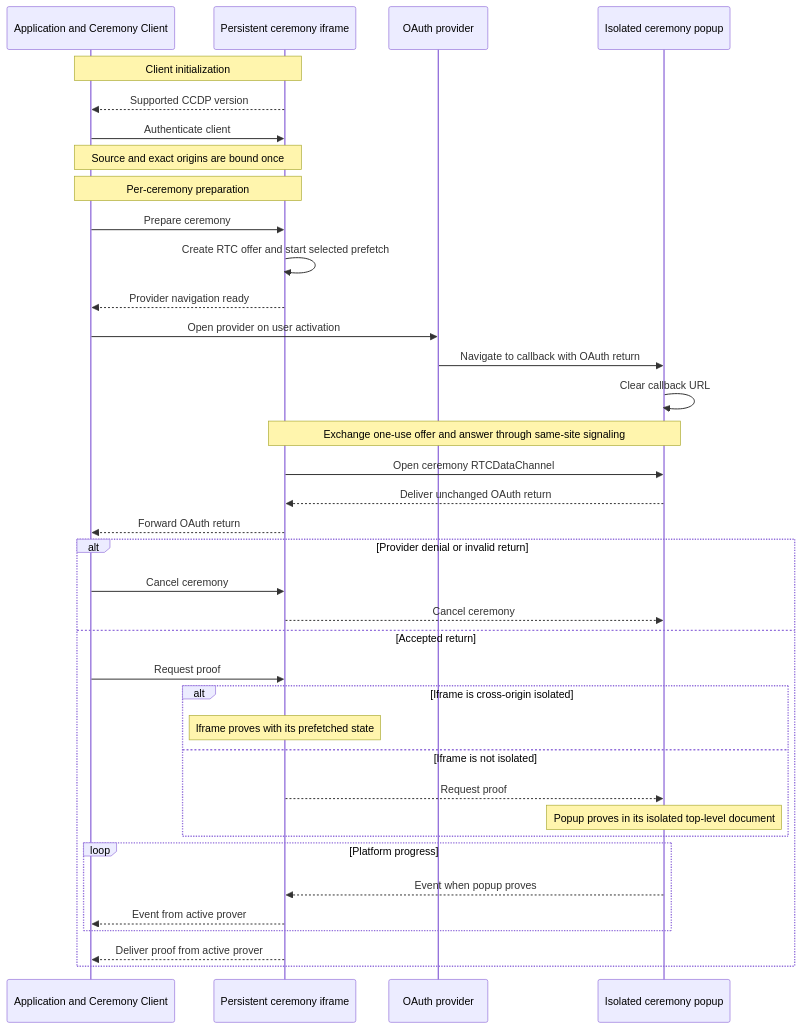
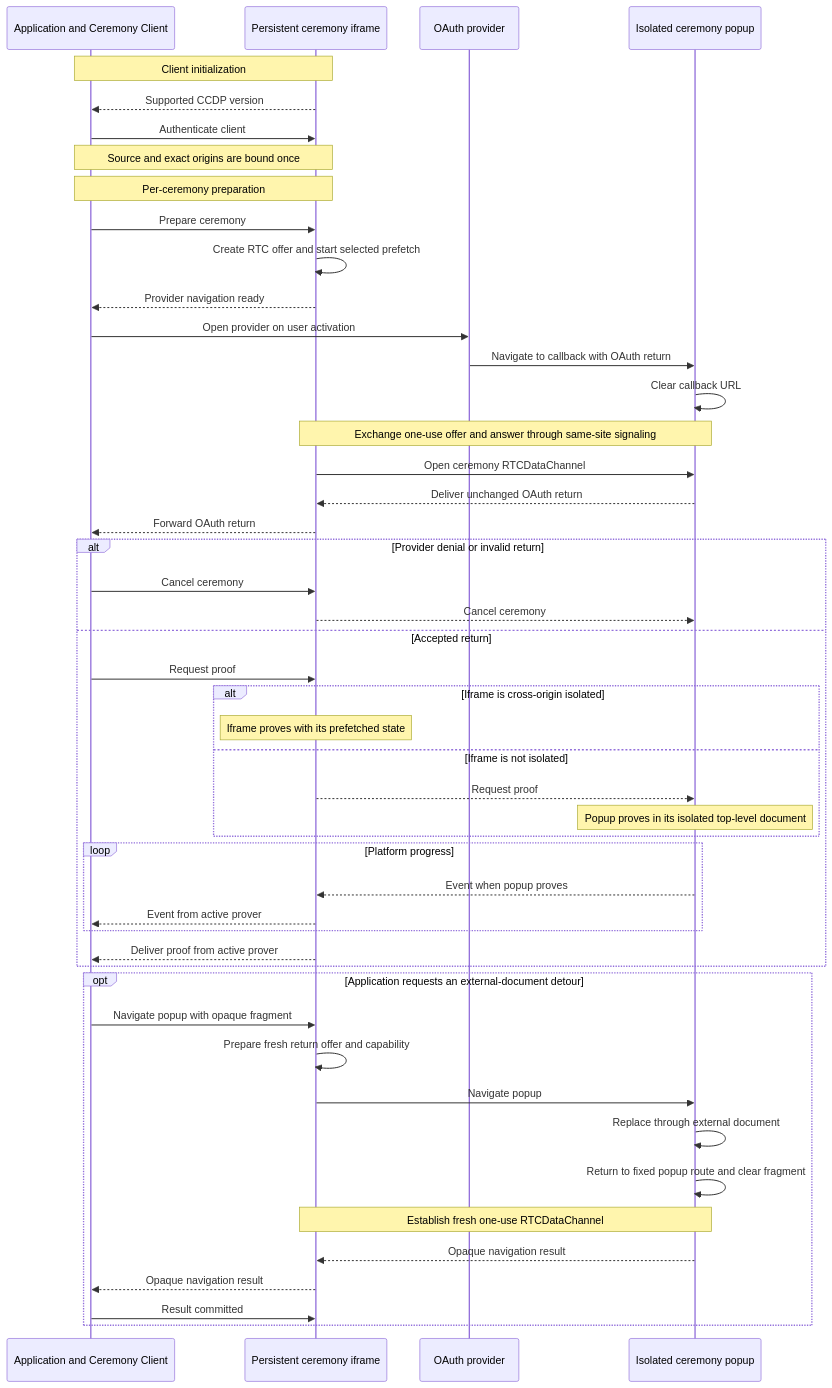
The diagram in ts/packages/ceremony/CCDP2.md (libid-org/libid), drawn with Mermaid before and after one commit. The commit also changed other lines of this file, not shown here.

Commit message:
docs(ceremony): add isolated popup navigation

````diff
--- a/ts/packages/ceremony/CCDP2.md
+++ b/ts/packages/ceremony/CCDP2.md
@@ -277,42 +323,54 @@
 ```mermaid
 sequenceDiagram
     participant A as Application and Ceremony Client
     participant I as Persistent ceremony iframe
     participant O as OAuth provider
     participant P as Isolated ceremony popup
 
     Note over A,I: Client initialization
     I-->>A: Supported CCDP version
     A->>I: Authenticate client
     Note over A,I: Source and exact origins are bound once
 
     Note over A,I: Per-ceremony preparation
     A->>I: Prepare ceremony
     I->>I: Create RTC offer and start selected prefetch
     I-->>A: Provider navigation ready
     A->>O: Open provider on user activation
     O->>P: Navigate to callback with OAuth return
     P->>P: Clear callback URL
     Note over I,P: Exchange one-use offer and answer through same-site signaling
     I->>P: Open ceremony RTCDataChannel
     P-->>I: Deliver unchanged OAuth return
     I-->>A: Forward OAuth return
 
     alt Provider denial or invalid return
         A->>I: Cancel ceremony
         I-->>P: Cancel ceremony
     else Accepted return
         A->>I: Request proof
         alt Iframe is cross-origin isolated
             Note over I: Iframe proves with its prefetched state
         else Iframe is not isolated
             I-->>P: Request proof
             Note over P: Popup proves in its isolated top-level document
         end
         loop Platform progress
             P-->>I: Event when popup proves
             I-->>A: Event from active prover
         end
         I-->>A: Deliver proof from active prover
     end
+
+    opt Application requests an external-document detour
+        A->>I: Navigate popup with opaque fragment
+        I->>I: Prepare fresh return offer and capability
+        I->>P: Navigate popup
+        P->>P: Replace through external document
+        P->>P: Return to fixed popup route and clear fragment
+        Note over I,P: Establish fresh one-use RTCDataChannel
+        P-->>I: Opaque navigation result
+        I-->>A: Opaque navigation result
+        A->>I: Result committed
+    end
 ```
````
